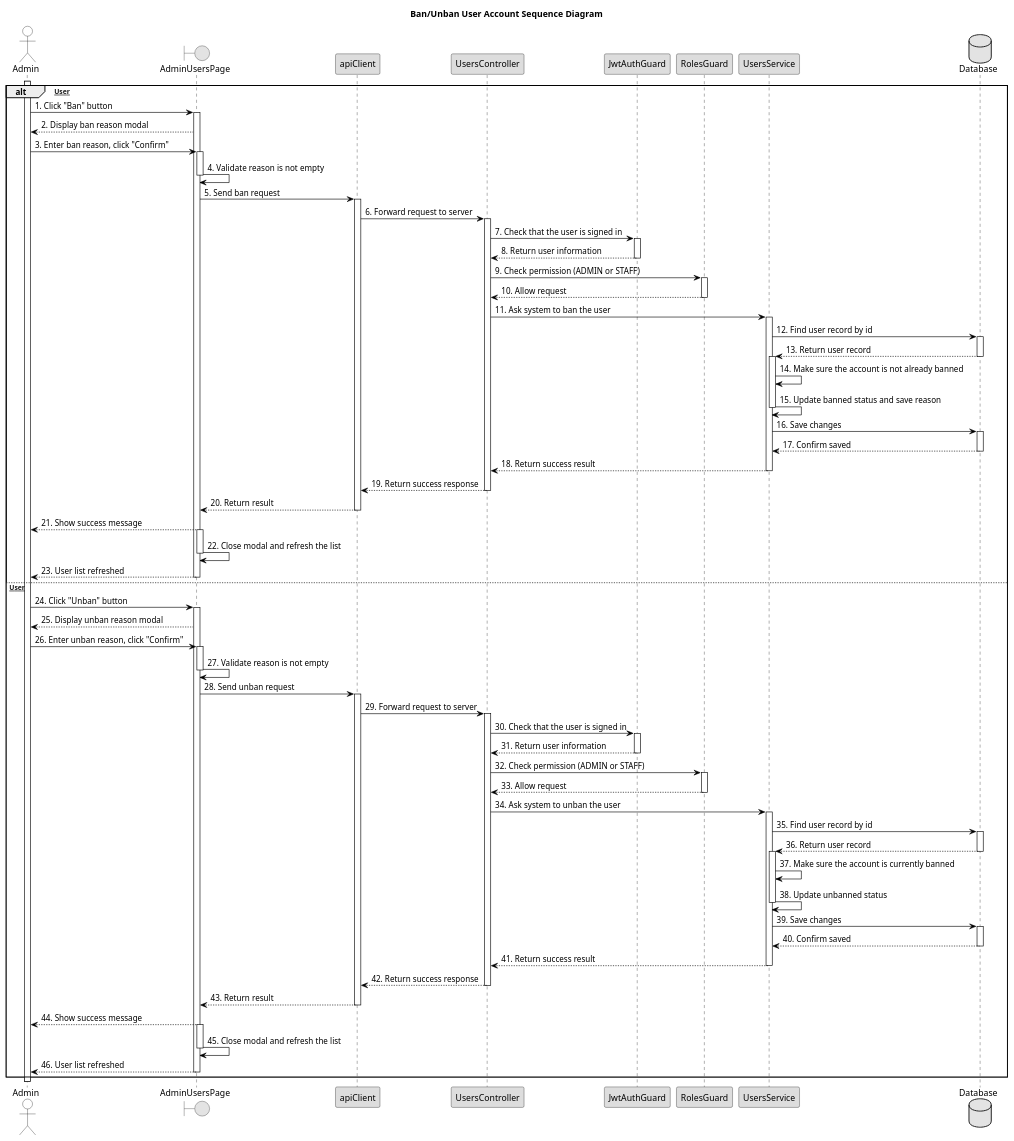
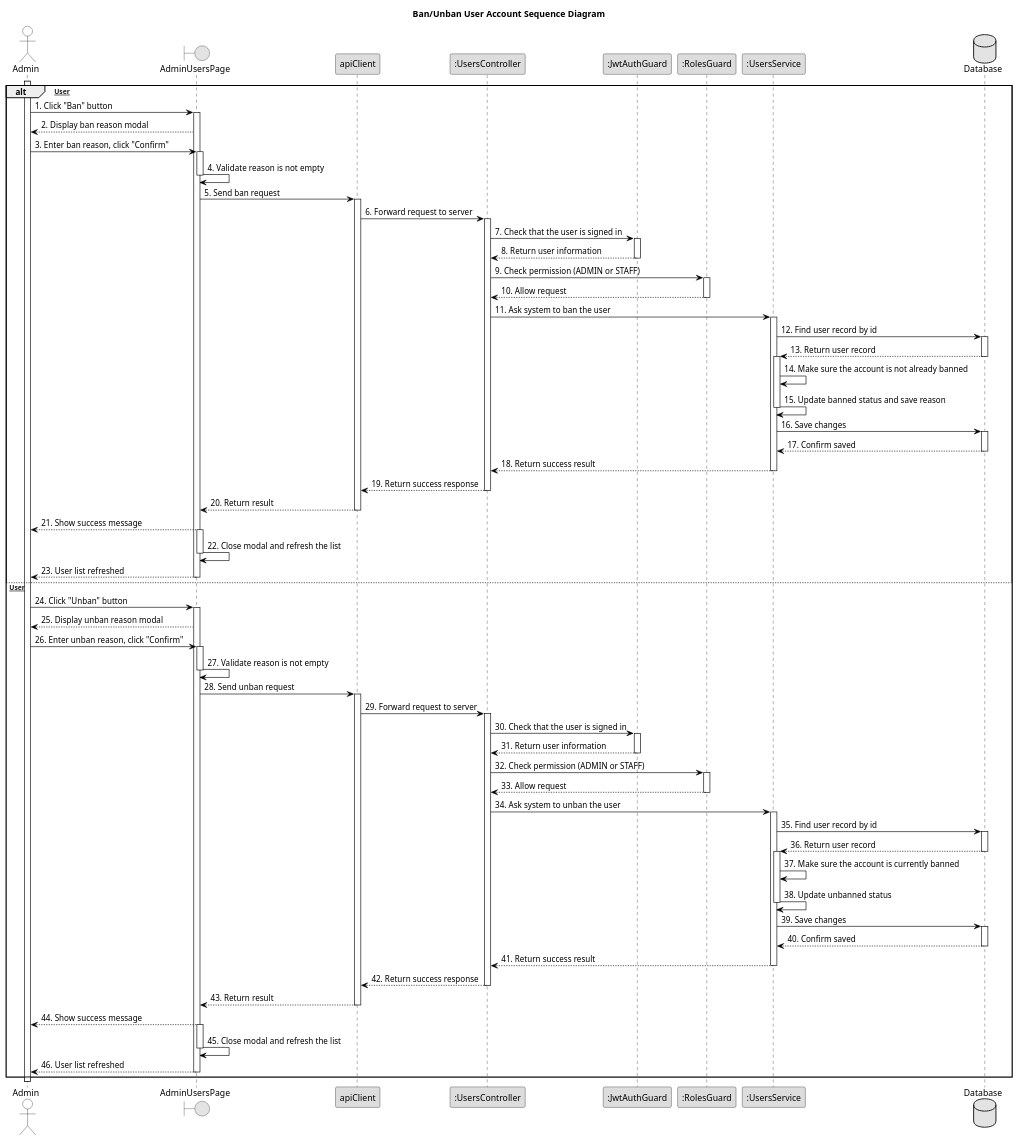
One commit to bangdcce/SEP492-Project changed the diagram in diagram/ban_unban_user_account_sequence_diagram.puml. Above: the diagram before and after it, drawn with PlantUML. The commit also changed 22 other files, not shown here.

```diff
--- a/diagram/ban_unban_user_account_sequence_diagram.puml
+++ b/diagram/ban_unban_user_account_sequence_diagram.puml
@@ -1,169 +1,169 @@
 @startuml Ban_Unban_User_Account_Sequence_Diagram
 
 skinparam monochrome true
 skinparam defaultFontColor Black
 skinparam shadowing false
 
 skinparam sequence {
     ArrowColor Black
     LifeLineBorderColor Black
     LifeLineBackgroundColor White
     ParticipantBorderColor Black
     ParticipantBackgroundColor #DDDDDD
     ParticipantFontColor Black
     ActorBorderColor Black
     ActorBackgroundColor White
     ActorFontColor Black
     GroupHeaderFontColor Black
     GroupHeaderBackgroundColor White
     GroupBodyBackgroundColor White
     GroupBorderColor Black
 }
 
 title Ban/Unban User Account Sequence Diagram
 
 actor "Admin" as Admin
 boundary "AdminUsersPage" as Page
 participant "apiClient" as API
-participant "UsersController" as Controller
-participant "JwtAuthGuard" as JWTGuard
-participant "RolesGuard" as RoleGuard
-participant "UsersService" as Service
+participant ":UsersController" as Controller
+participant ":JwtAuthGuard" as JWTGuard
+participant ":RolesGuard" as RoleGuard
+participant ":UsersService" as Service
 database "Database" as DB
 
 activate Admin
 
 alt [Ban User]
     Admin -> Page : 1. Click "Ban" button
     activate Page
 
     Page --> Admin : 2. Display ban reason modal
 
     Admin -> Page : 3. Enter ban reason, click "Confirm"
 
     activate Page
     Page -> Page : 4. Validate reason is not empty
     deactivate Page
 
     Page -> API : 5. Send ban request
     activate API
 
     API -> Controller : 6. Forward request to server
     activate Controller
 
     Controller -> JWTGuard : 7. Check that the user is signed in
     activate JWTGuard
     JWTGuard --> Controller : 8. Return user information
     deactivate JWTGuard
 
     Controller -> RoleGuard : 9. Check permission (ADMIN or STAFF)
     activate RoleGuard
     RoleGuard --> Controller : 10. Allow request
     deactivate RoleGuard
 
     Controller -> Service : 11. Ask system to ban the user
     activate Service
 
     Service -> DB : 12. Find user record by id
     activate DB
     DB --> Service : 13. Return user record
     deactivate DB
 
     activate Service
     Service -> Service : 14. Make sure the account is not already banned
 
     Service -> Service : 15. Update banned status and save reason
     deactivate Service
 
     Service -> DB : 16. Save changes
     activate DB
     DB --> Service : 17. Confirm saved
     deactivate DB
 
     Service --> Controller : 18. Return success result
     deactivate Service
 
     Controller --> API : 19. Return success response
     deactivate Controller
 
     API --> Page : 20. Return result
     deactivate API
 
     Page --> Admin : 21. Show success message
 
     activate Page
     Page -> Page : 22. Close modal and refresh the list
     deactivate Page
 
     Page --> Admin : 23. User list refreshed
     deactivate Page
 
 else [Unban User]
     Admin -> Page : 24. Click "Unban" button
     activate Page
 
     Page --> Admin : 25. Display unban reason modal
 
     Admin -> Page : 26. Enter unban reason, click "Confirm"
 
     activate Page
     Page -> Page : 27. Validate reason is not empty
     deactivate Page
 
     Page -> API : 28. Send unban request
     activate API
 
     API -> Controller : 29. Forward request to server
     activate Controller
 
     Controller -> JWTGuard : 30. Check that the user is signed in
     activate JWTGuard
     JWTGuard --> Controller : 31. Return user information
     deactivate JWTGuard
 
     Controller -> RoleGuard : 32. Check permission (ADMIN or STAFF)
     activate RoleGuard
     RoleGuard --> Controller : 33. Allow request
     deactivate RoleGuard
 
     Controller -> Service : 34. Ask system to unban the user
     activate Service
 
     Service -> DB : 35. Find user record by id
     activate DB
     DB --> Service : 36. Return user record
     deactivate DB
 
     activate Service
     Service -> Service : 37. Make sure the account is currently banned
 
     Service -> Service : 38. Update unbanned status
     deactivate Service
 
     Service -> DB : 39. Save changes
     activate DB
     DB --> Service : 40. Confirm saved
     deactivate DB
 
     Service --> Controller : 41. Return success result
     deactivate Service
 
     Controller --> API : 42. Return success response
     deactivate Controller
 
     API --> Page : 43. Return result
     deactivate API
 
     Page --> Admin : 44. Show success message
 
     activate Page
     Page -> Page : 45. Close modal and refresh the list
     deactivate Page
 
     Page --> Admin : 46. User list refreshed
     deactivate Page
 end
 
 deactivate Admin
 
 @enduml
```
